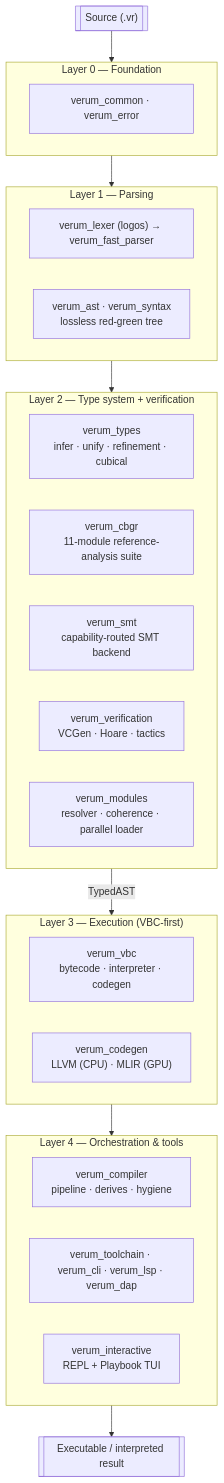
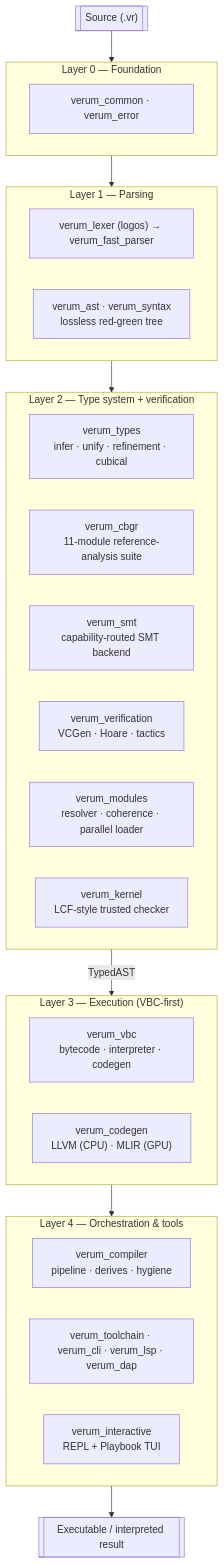
The first of 3 diagrams in docs/architecture/overview.md (verum-lang/website), drawn with Mermaid before and after one commit. The commit also changed other lines of this file and 1 other file, not shown here.

Commit message:
docs(architecture): surface verum_kernel in overview + crate-map
The new trusted-kernel page is orphaned unless the top-level
architecture views surface it. Two small cross-wire changes:

  * docs/architecture/overview.md
      - Layer 2 subgraph grows an L2F node: `verum_kernel
        LCF-style trusted checker`.
      - "Key crates at a glance" table gains a verum_kernel row
        with LOC=1.2K, role "LCF-style trusted checker — sole
        member of the TCB".

  * docs/architecture/crate-map.md
      - Layer 2 table gains a verum_kernel row pointing at
        `lib.rs` and noting the target size (< 5 K LOC at
        completion) plus the explicit TCB role.

Newcomers clicking through the architecture section will now see
verum_kernel at every level of detail — the Mermaid diagram, the
crate summary, the full crate map — before drilling into the
dedicated trusted-kernel.md page.

````diff
--- a/docs/architecture/overview.md
+++ b/docs/architecture/overview.md
@@ -36,38 +36,39 @@
 ```mermaid
 flowchart TD
     SRC[["Source (.vr)"]]
 
     subgraph L0["Layer 0 — Foundation"]
         L0A[verum_common · verum_error]
     end
 
     subgraph L1["Layer 1 — Parsing"]
         L1A["verum_lexer (logos) → verum_fast_parser"]
         L1B["verum_ast · verum_syntax<br/>lossless red-green tree"]
     end
 
     subgraph L2["Layer 2 — Type system + verification"]
         L2A["verum_types<br/>infer · unify · refinement · cubical"]
         L2B["verum_cbgr<br/>11-module reference-analysis suite"]
         L2C["verum_smt<br/>capability-routed SMT backend"]
         L2D["verum_verification<br/>VCGen · Hoare · tactics"]
         L2E["verum_modules<br/>resolver · coherence · parallel loader"]
+        L2F["verum_kernel<br/>LCF-style trusted checker"]
     end
 
     subgraph L3["Layer 3 — Execution (VBC-first)"]
         L3A["verum_vbc<br/>bytecode · interpreter · codegen"]
         L3B["verum_codegen<br/>LLVM (CPU) · MLIR (GPU)"]
     end
 
     subgraph L4["Layer 4 — Orchestration & tools"]
         L4A["verum_compiler<br/>pipeline · derives · hygiene"]
         L4B["verum_toolchain · verum_cli · verum_lsp · verum_dap"]
         L4C["verum_interactive<br/>REPL + Playbook TUI"]
     end
 
     OUT[["Executable / interpreted result"]]
 
     SRC --> L0 --> L1 --> L2
     L2 -- "TypedAST" --> L3
     L3 --> L4 --> OUT
 ```
````
